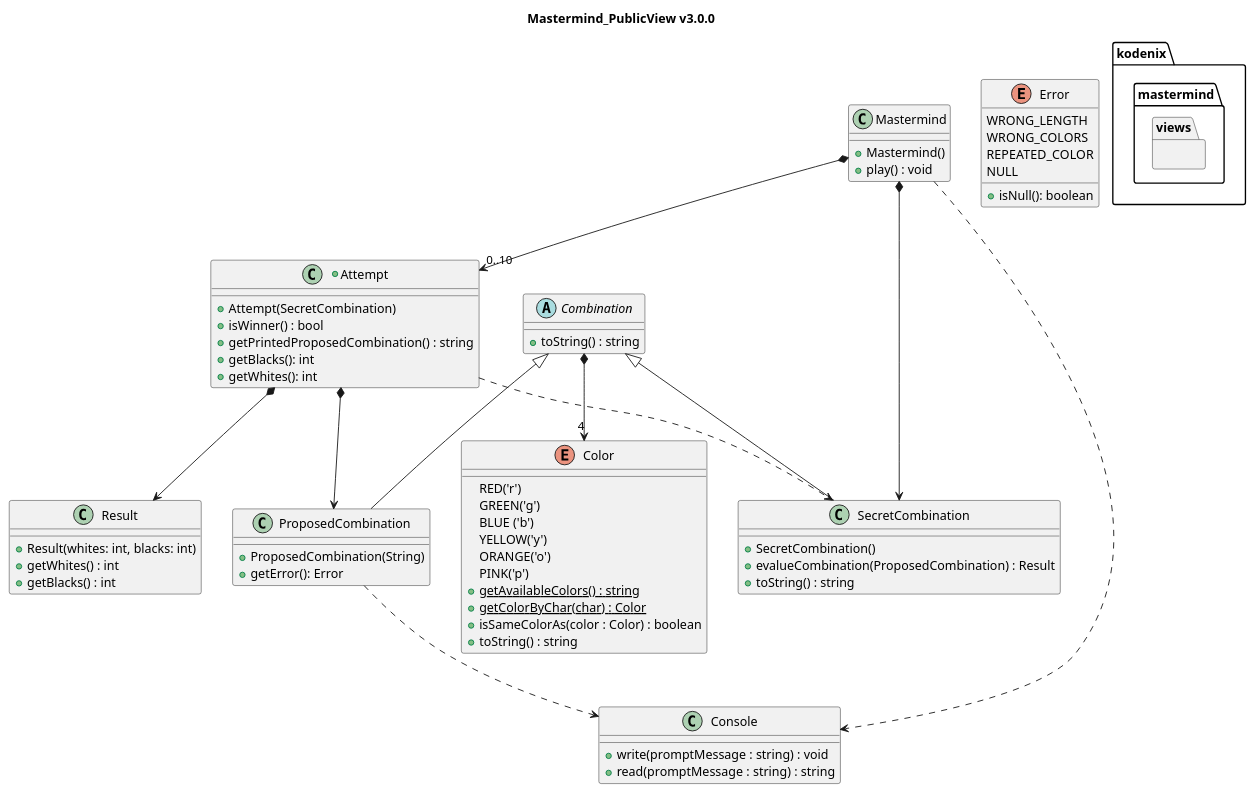
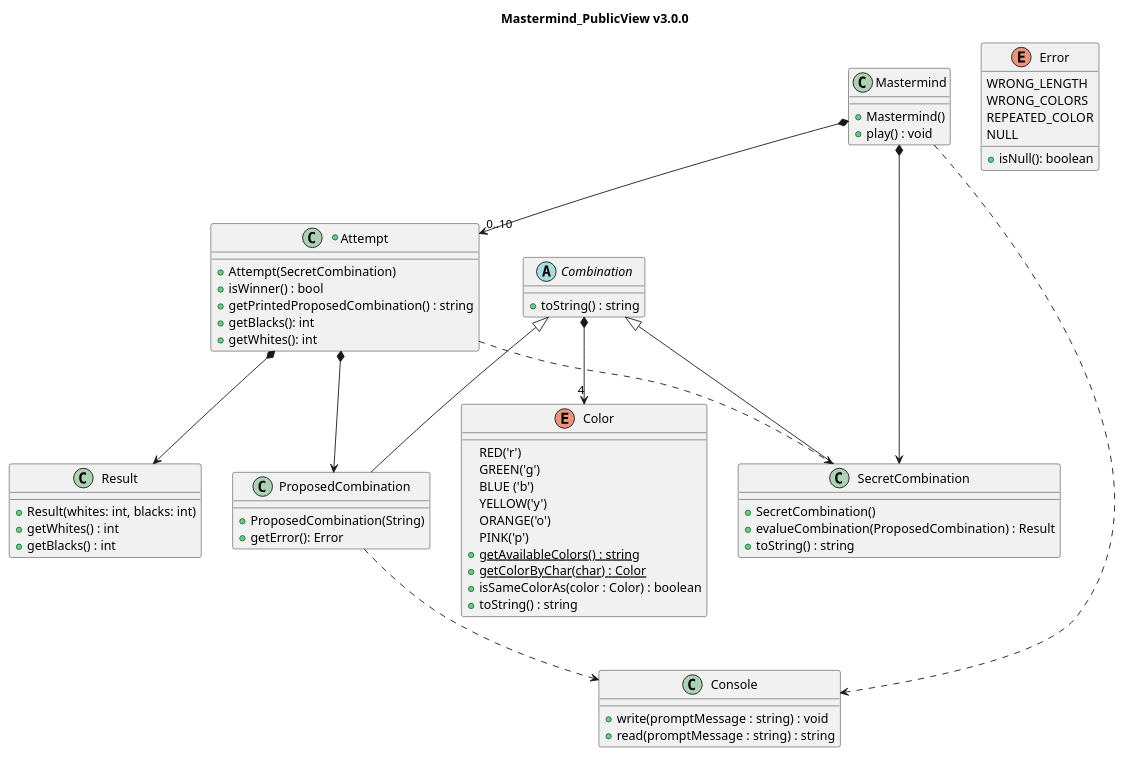
One commit to Master-Desarrollo-20-21/diseno-oo-ejercicio2-mastermind-document-view-kodenix changed the diagram in docs/diagrams/src/paquetes/kodenix.mastermind.models.puml. Above: the diagram before and after it, drawn with PlantUML. The commit also changed 18 other files, not shown here.

```diff
--- a/docs/diagrams/src/paquetes/kodenix.mastermind.models.puml
+++ b/docs/diagrams/src/paquetes/kodenix.mastermind.models.puml
@@ -1,90 +1,83 @@
 @startuml Mastermind_PublicView_v3_0_0
 
 title Mastermind_PublicView v3.0.0
-
-package kodenix.mastermind.views { 
-
-
-    
-}
-
 
 class Mastermind {
     +Mastermind()
     +play() : void
 }
 
 +class Attempt{
     +Attempt(SecretCombination)
     +isWinner() : bool
     +getPrintedProposedCombination() : string
     +getBlacks(): int
     +getWhites(): int
 }
 
 
 class Result{
     +Result(whites: int, blacks: int)
     +getWhites() : int
     +getBlacks() : int
 }
 
 enum Color{
     RED('r')
     GREEN('g')
     BLUE ('b')
     YELLOW('y')
     ORANGE('o')
     PINK('p')
     +{static} getAvailableColors() : string
     +{static} getColorByChar(char) : Color
     +isSameColorAs(color : Color) : boolean
     +toString() : string
 }
 
 abstract class Combination{
     +toString() : string
 }
 
 class SecretCombination{
     +SecretCombination()
     +evalueCombination(ProposedCombination) : Result
     +toString() : string
 }
 
 class ProposedCombination{
     +ProposedCombination(String)
     +getError(): Error
 }
 
 class Console{
     +write(promptMessage : string) : void
     +read(promptMessage : string) : string
 }
 
 enum Error{
     WRONG_LENGTH
     WRONG_COLORS
     REPEATED_COLOR
     NULL
     
     +isNull(): boolean
 }
 
 
 
 Mastermind *--> SecretCombination
 Mastermind *--> "0..10" Attempt
 
 Combination ^-- SecretCombination
 Combination ^-- ProposedCombination
 Combination *--> "4" Color
 
 Attempt *--> ProposedCombination
 Attempt *--> Result
 Attempt ..> SecretCombination
 
 Mastermind ..> Console
 ProposedCombination ..> Console
 
 @enduml
```
